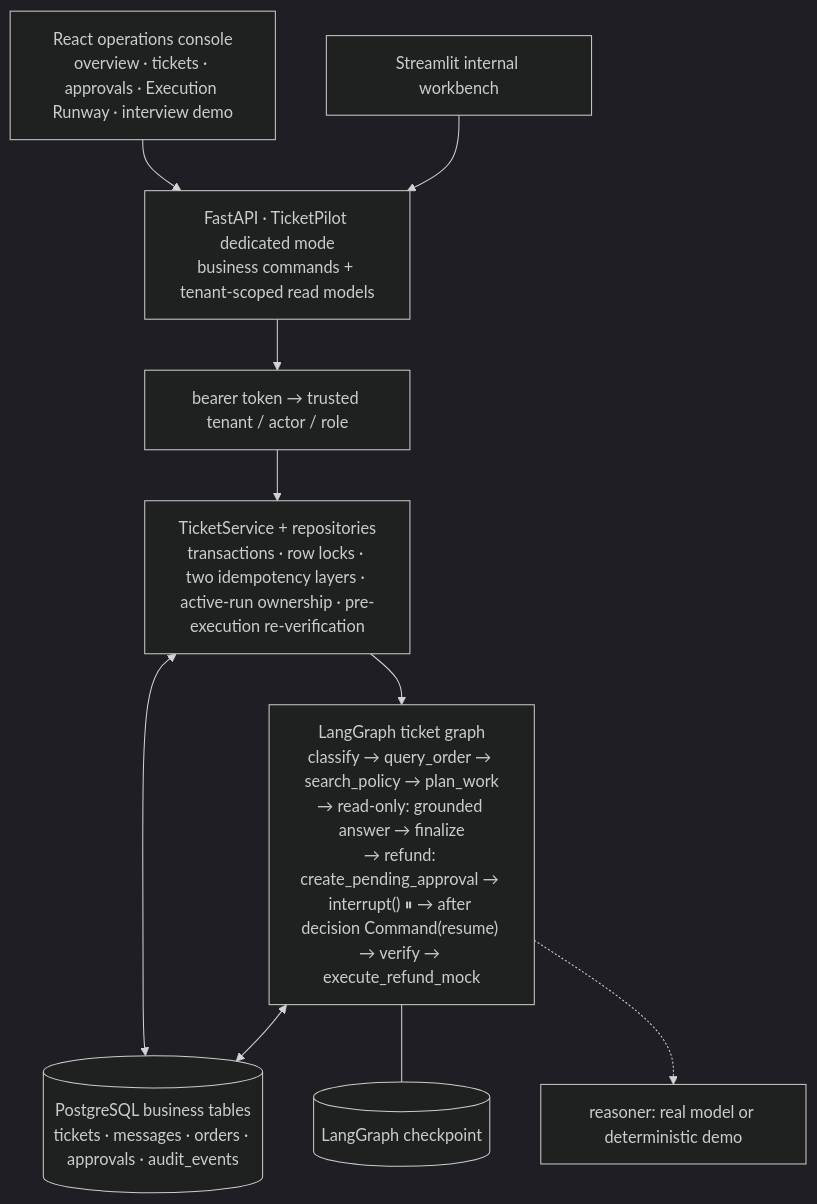
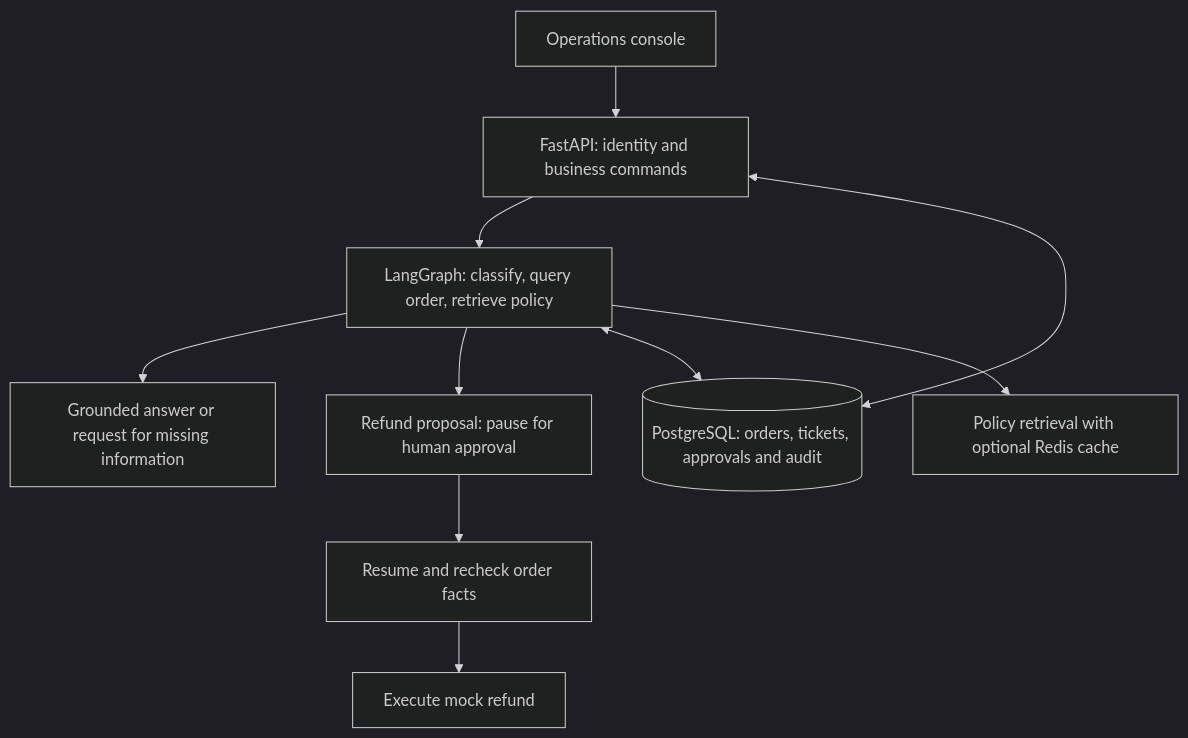
One commit to FionnLeee/ticketpilot-agent changed the diagram in README.md. Above: the diagram before and after it, drawn with Mermaid (dark theme). The commit also changed other lines of this file and 1 other file, not shown here.

````diff
--- a/README.md
+++ b/README.md
@@ -43,20 +24,12 @@
 ```mermaid
-flowchart TB
-    W["React operations console<br/>overview · tickets · approvals · Execution Runway · interview demo"]
-    SW["Streamlit internal workbench"]
-    API["FastAPI · TicketPilot dedicated mode<br/>business commands + tenant-scoped read models"]
-    P["bearer token → trusted tenant / actor / role"]
-    S["TicketService + repositories<br/>transactions · row locks · two idempotency layers · active-run ownership · pre-execution re-verification"]
-    DB[("PostgreSQL business tables<br/>tickets · messages · orders · approvals · audit_events")]
-    LG["LangGraph ticket graph<br/>classify → query_order → search_policy → plan_work<br/>→ read-only: grounded answer → finalize<br/>→ refund: create_pending_approval → interrupt() ⏸ → after decision Command(resume) → verify → execute_refund_mock"]
-    CK[("LangGraph checkpoint")]
-    M["reasoner: real model or deterministic demo"]
-    W --> API
-    SW --> API
-    API --> P --> S
-    S <--> DB
-    S --> LG
-    LG <--> DB
-    LG --- CK
-    LG -.-> M
+flowchart TD
+    UI["Operations console"] --> API["FastAPI: identity and business commands"]
+    API --> G["LangGraph: classify, query order, retrieve policy"]
+    G --> R["Grounded answer or request for missing information"]
+    G --> A["Refund proposal: pause for human approval"]
+    A --> V["Resume and recheck order facts"]
+    V --> F["Execute mock refund"]
+    API <--> DB[("PostgreSQL: orders, tickets, approvals and audit")]
+    G <--> DB
+    G --> C["Policy retrieval with optional Redis cache"]
 ```
````
